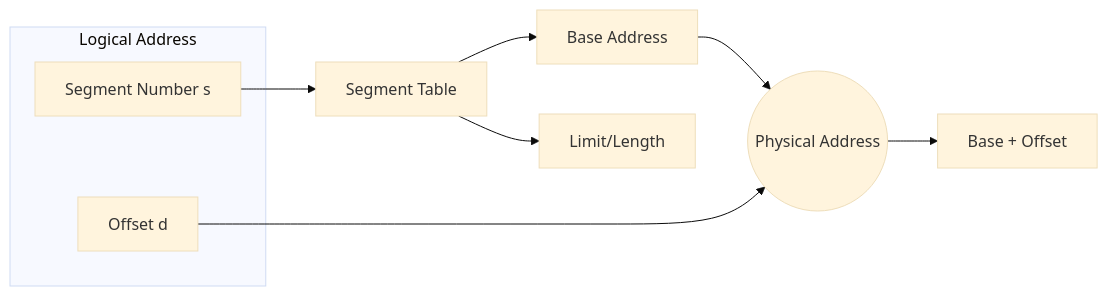
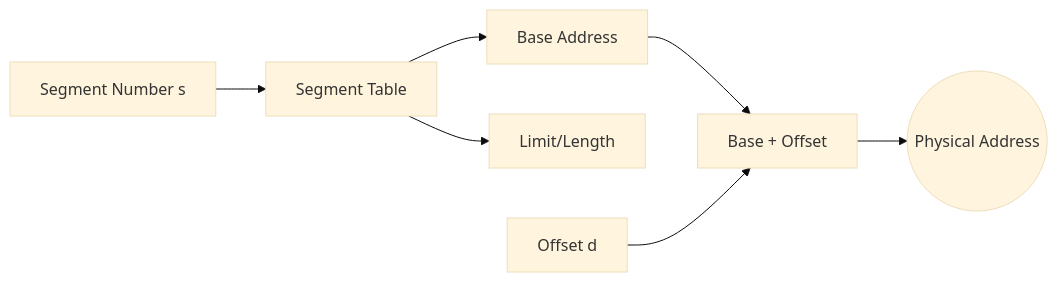
One commit to zenyyxz/Zen_dx-Notes changed the eighth of 8 diagrams in 03 - ICT/Subtopics/OS Process & Memory Management.md. Above: the diagram before and after it, drawn with Mermaid (base theme). The commit also changed other lines of this file and 1 other file, not shown here.

````diff
--- a/03 - ICT/Subtopics/OS Process & Memory Management.md
+++ b/03 - ICT/Subtopics/OS Process & Memory Management.md
@@ -207,15 +226,9 @@
 ``` mermaid
 flowchart LR
-    subgraph Logical Address
-        s[Segment Number s]
-        d1[Offset d]
-    end
-
-    s --> ST[Segment Table]
+    s[Segment Number s] --> ST[Segment Table]
     ST --> base[Base Address]
     ST --> limit[Limit/Length]
-
-    base --> PA((Physical Address))
-    d1 --> PA
-    PA --> calc[Base + Offset]
+    base --> calc[Base + Offset]
+    d[Offset d] --> calc
+    calc --> PA((Physical Address))
 ```
````
